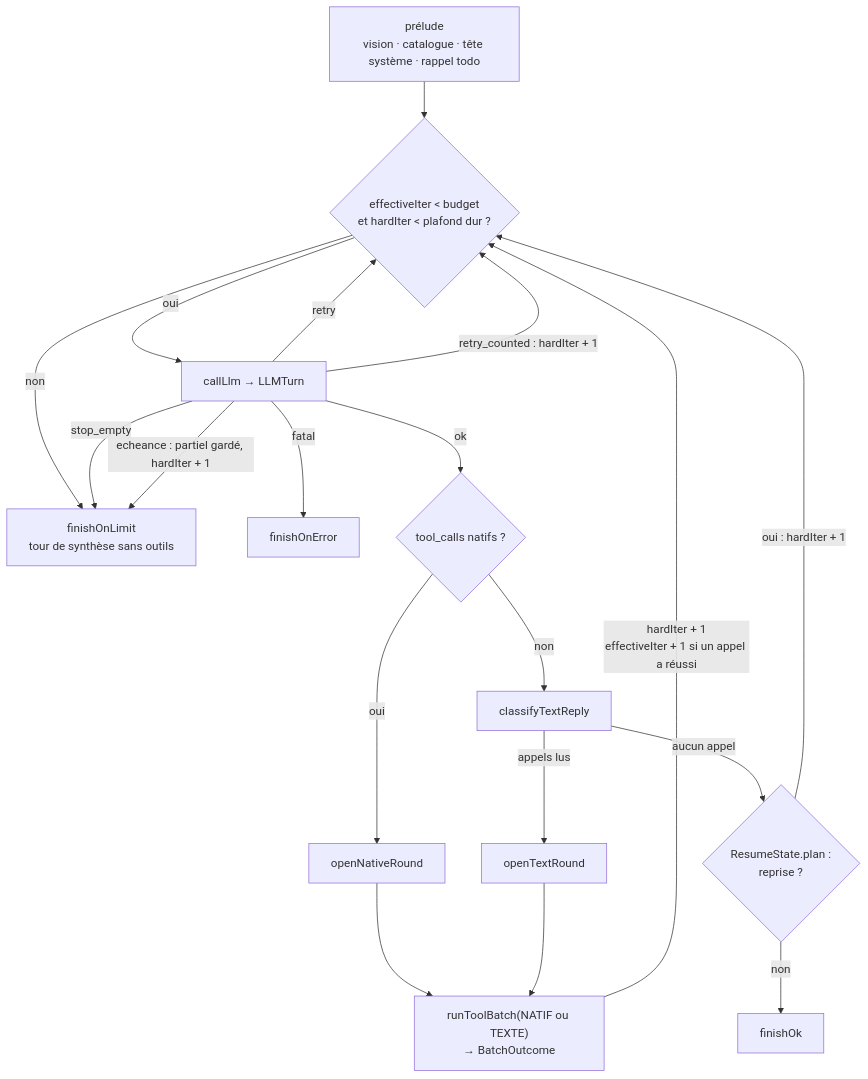
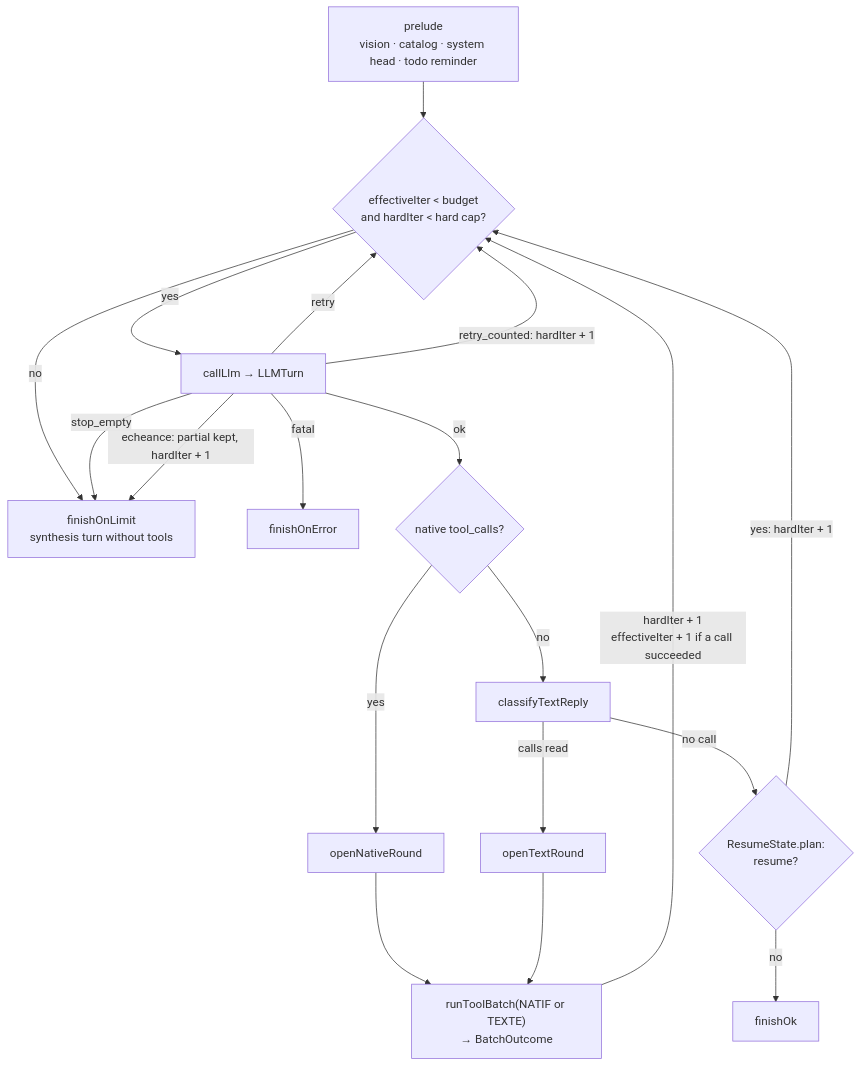
Before and after one commit to toto-fou/Elpis: the sixth of 16 diagrams in docs/architecture.md, drawn with Mermaid. The commit also changed other lines of this file and 43 other files, not shown here.

````diff
--- a/docs/architecture.md
+++ b/docs/architecture.md
@@ -627,21 +630,21 @@
 ```mermaid
 flowchart TB
-    P["prélude<br/>vision · catalogue · tête système · rappel todo"] --> W{"effectiveIter &lt; budget<br/>et hardIter &lt; plafond dur ?"}
-    W -- non --> L["finishOnLimit<br/>tour de synthèse sans outils"]
-    W -- oui --> T["callLlm → LLMTurn"]
+    P["prelude<br/>vision · catalog · system head · todo reminder"] --> W{"effectiveIter &lt; budget<br/>and hardIter &lt; hard cap?"}
+    W -- no --> L["finishOnLimit<br/>synthesis turn without tools"]
+    W -- yes --> T["callLlm → LLMTurn"]
     T -- "retry" --> W
-    T -- "retry_counted : hardIter + 1" --> W
+    T -- "retry_counted: hardIter + 1" --> W
     T -- "stop_empty" --> L
-    T -- "echeance : partiel gardé, hardIter + 1" --> L
+    T -- "echeance: partial kept, hardIter + 1" --> L
     T -- "fatal" --> E["finishOnError"]
-    T -- "ok" --> K{"tool_calls natifs ?"}
-    K -- oui --> N["openNativeRound"]
-    K -- non --> C["classifyTextReply"]
-    C -- "appels lus" --> X["openTextRound"]
-    C -- "aucun appel" --> R{"ResumeState.plan :<br/>reprise ?"}
-    R -- "oui : hardIter + 1" --> W
-    R -- non --> F["finishOk"]
-    N --> B["runToolBatch(NATIF ou TEXTE)<br/>→ BatchOutcome"]
+    T -- "ok" --> K{"native tool_calls?"}
+    K -- yes --> N["openNativeRound"]
+    K -- no --> C["classifyTextReply"]
+    C -- "calls read" --> X["openTextRound"]
+    C -- "no call" --> R{"ResumeState.plan:<br/>resume?"}
+    R -- "yes: hardIter + 1" --> W
+    R -- no --> F["finishOk"]
+    N --> B["runToolBatch(NATIF or TEXTE)<br/>→ BatchOutcome"]
     X --> B
-    B -- "hardIter + 1<br/>effectiveIter + 1 si un appel a réussi" --> W
+    B -- "hardIter + 1<br/>effectiveIter + 1 if a call succeeded" --> W
 ```
````
